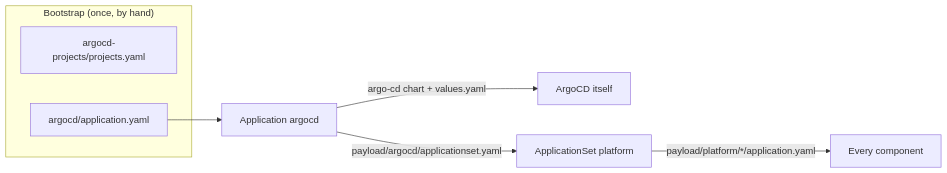
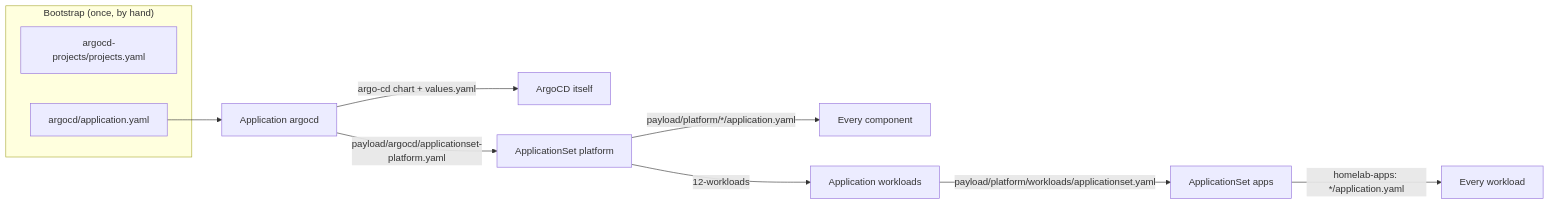
Before and after one commit to JanWelker/homelab: the first of 2 diagrams in docs/architecture/gitops.md, drawn with Mermaid. The commit also changed other lines of this file and 9 other files, not shown here.

````diff
--- a/docs/architecture/gitops.md
+++ b/docs/architecture/gitops.md
@@ -22,12 +23,15 @@
 ```mermaid
 flowchart LR
     subgraph "Bootstrap (once, by hand)"
         PJ[argocd-projects/projects.yaml]
         AA[argocd/application.yaml]
     end
 
     AA --> AR[Application argocd]
     AR --> |"argo-cd chart + values.yaml"| SELF[ArgoCD itself]
-    AR --> |"payload/argocd/applicationset.yaml"| AS[ApplicationSet platform]
+    AR --> |"payload/argocd/applicationset-platform.yaml"| AS[ApplicationSet platform]
     AS --> |"payload/platform/*/application.yaml"| INFRA[Every component]
+    AS --> |"12-workloads"| WA[Application workloads]
+    WA --> |"payload/platform/workloads/applicationset.yaml"| APPS[ApplicationSet apps]
+    APPS --> |"homelab-apps: */application.yaml"| WL[Every workload]
 ```
````
